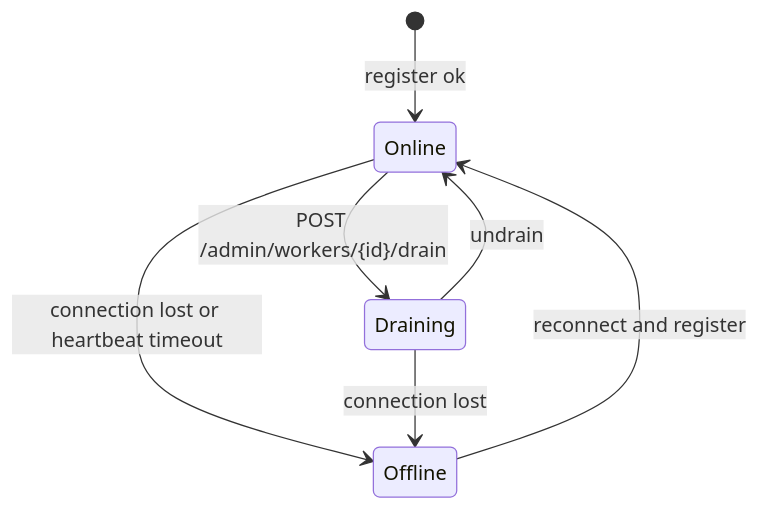
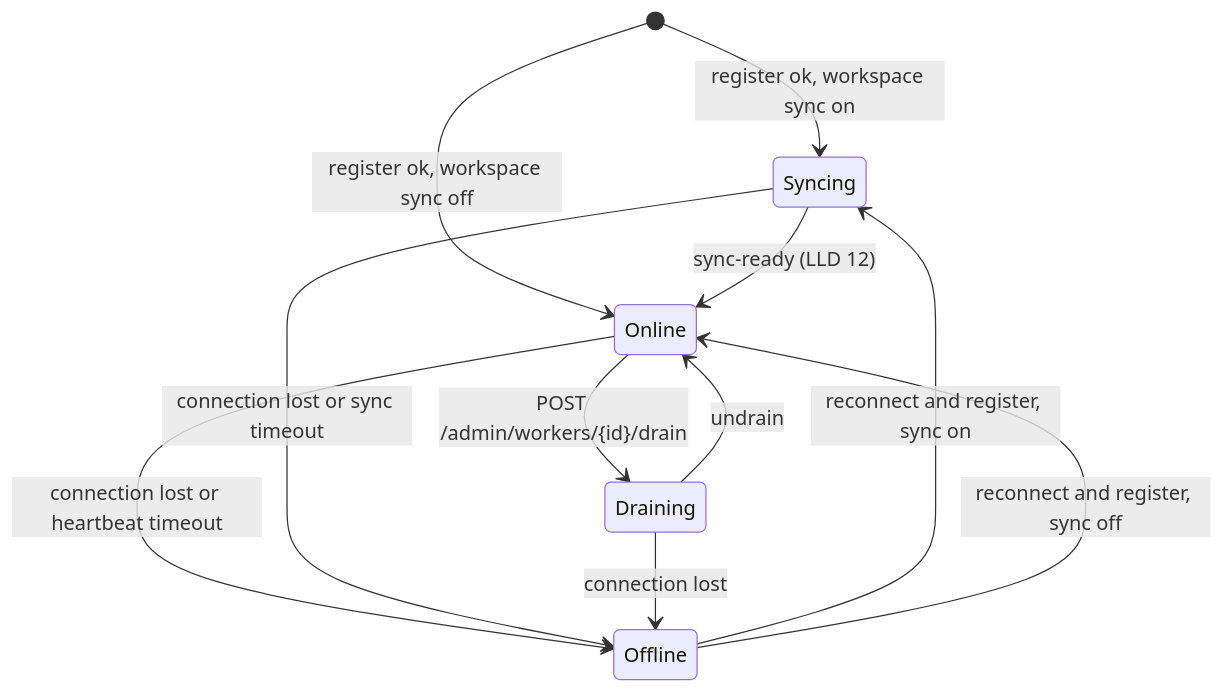
Before and after one commit to vickeykumar/openrepl: the third of 4 diagrams in docs/lld/11-distributed-execution.md, drawn with Mermaid. The commit also changed other lines of this file and 72 other files, not shown here.

````diff
--- a/docs/lld/11-distributed-execution.md
+++ b/docs/lld/11-distributed-execution.md
@@ -255,9 +270,13 @@
 ```mermaid
 stateDiagram-v2
-    [*] --> Online: register ok
+    [*] --> Syncing: register ok, workspace sync on
+    [*] --> Online: register ok, workspace sync off
+    Syncing --> Online: sync-ready (LLD 12)
     Online --> Draining: POST /admin/workers/{id}/drain
     Draining --> Online: undrain
     Online --> Offline: connection lost or heartbeat timeout
+    Syncing --> Offline: connection lost or sync timeout
     Draining --> Offline: connection lost
-    Offline --> Online: reconnect and register
+    Offline --> Syncing: reconnect and register, sync on
+    Offline --> Online: reconnect and register, sync off
 ```
````
